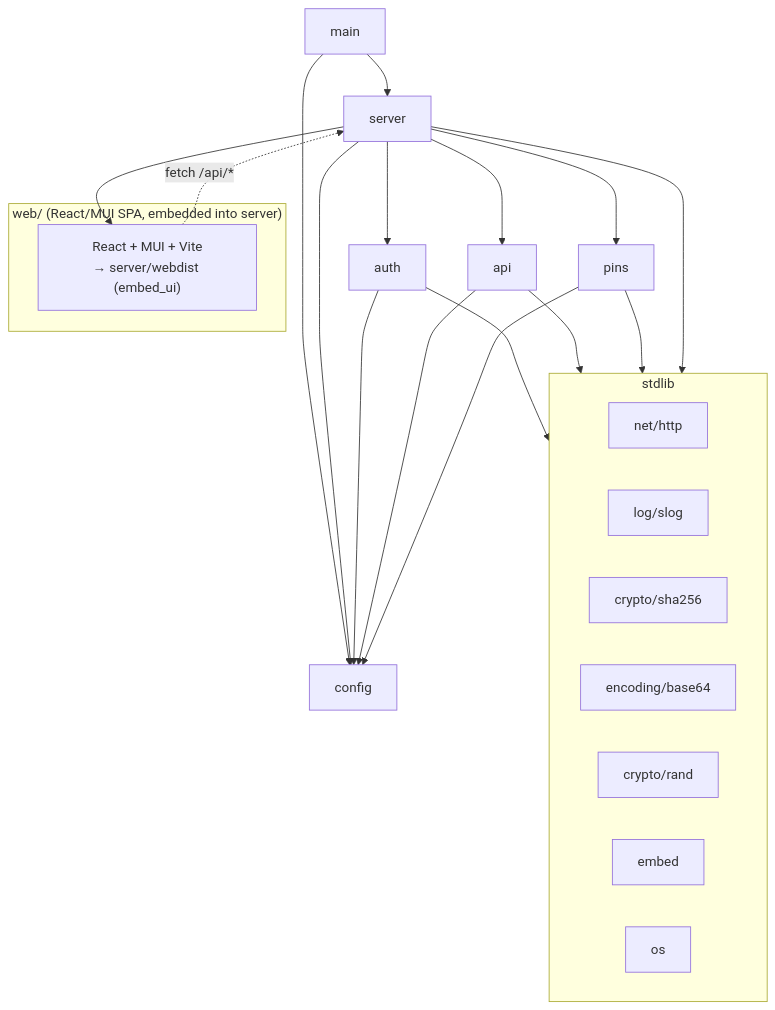
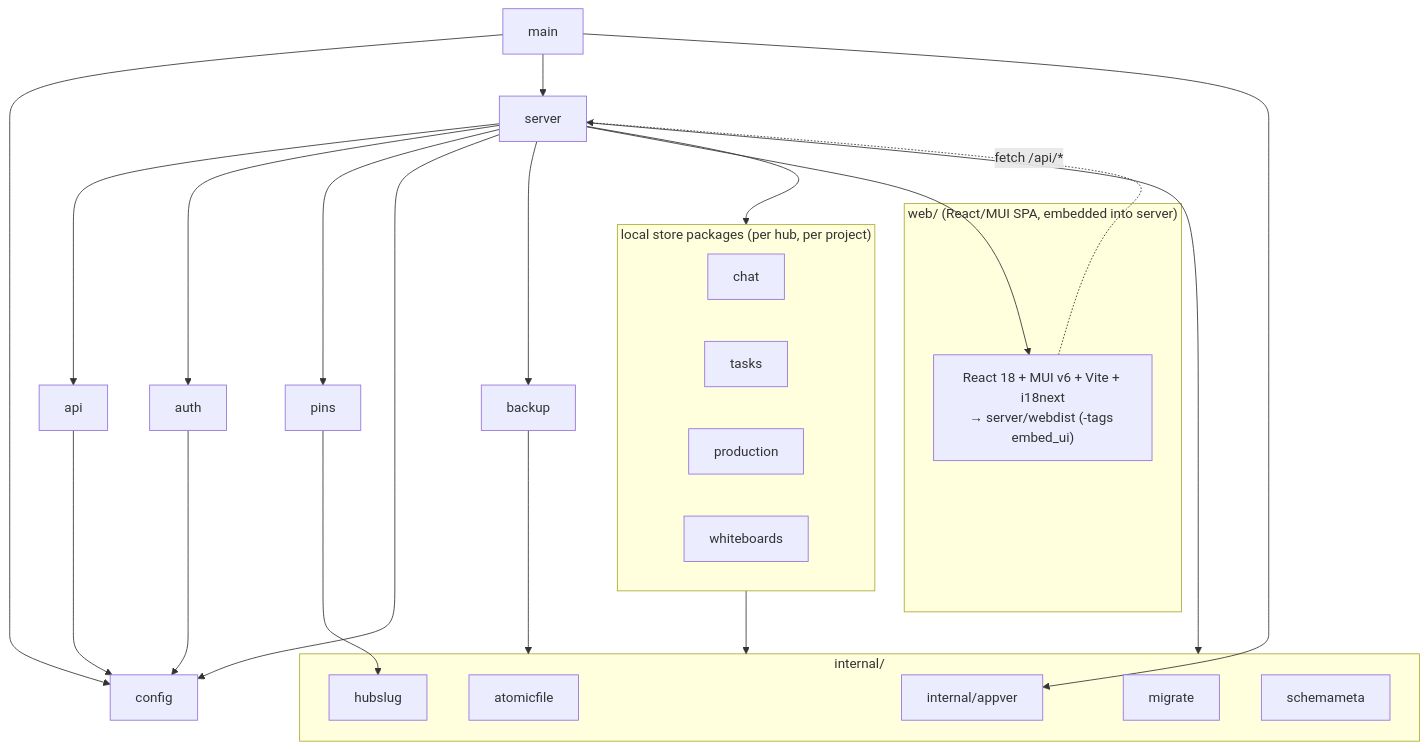
One commit to schneik80/FusionOnPremServer changed the fourth of 7 diagrams in docs/architecture.md. Above: the diagram before and after it, drawn with Mermaid. The commit also changed other lines of this file and 20 other files, not shown here.

````diff
--- a/docs/architecture.md
+++ b/docs/architecture.md
@@ -144,36 +171,42 @@
 ```mermaid
 graph TD
     main --> config
     main --> server
+    main --> appver["internal/appver"]
 
     server --> api
     server --> auth
     server --> pins
     server --> config
+    server --> backup
+
+    subgraph stores["local store packages (per hub, per project)"]
+        chat
+        tasks
+        production
+        whiteboards
+    end
+    server --> stores
+
+    subgraph internal["internal/"]
+        atomicfile
+        hubslug
+        migrate
+        schemameta
+        appver
+    end
+    stores --> internal
+    backup --> internal
+    server --> internal
+    pins --> hubslug
 
     auth --> config
     api --> config
-    pins --> config
-
-    subgraph stdlib
-        net/http
-        log/slog
-        crypto/sha256
-        encoding/base64
-        crypto/rand
-        embed
-        os
-    end
-
-    auth --> stdlib
-    api --> stdlib
-    pins --> stdlib
-    server --> stdlib
 
     subgraph web["web/ (React/MUI SPA, embedded into server)"]
-        spa["React + MUI + Vite\n→ server/webdist (embed_ui)"]
+        spa["React 18 + MUI v6 + Vite + i18next\n→ server/webdist (-tags embed_ui)"]
     end
 
     server --> spa
     spa -. "fetch /api/*" .-> server
 ```
````
